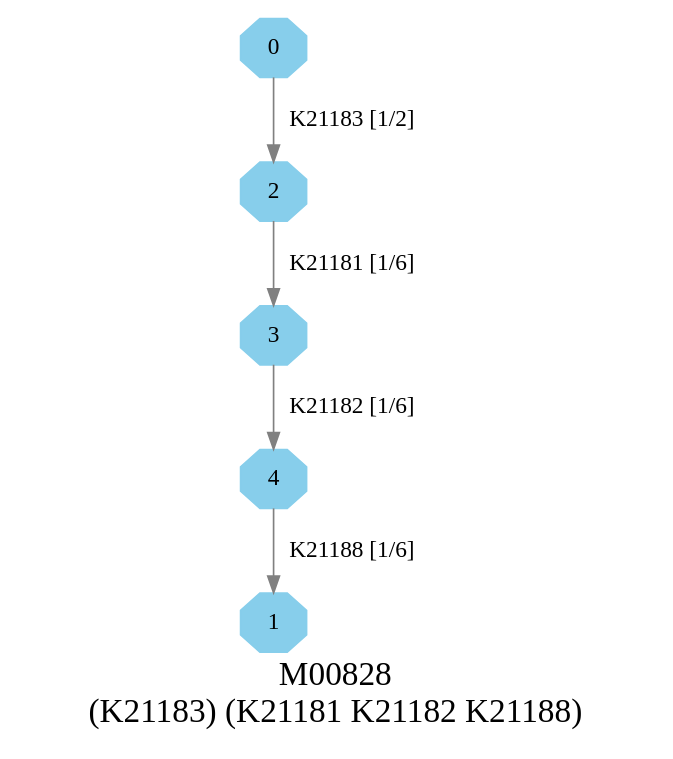
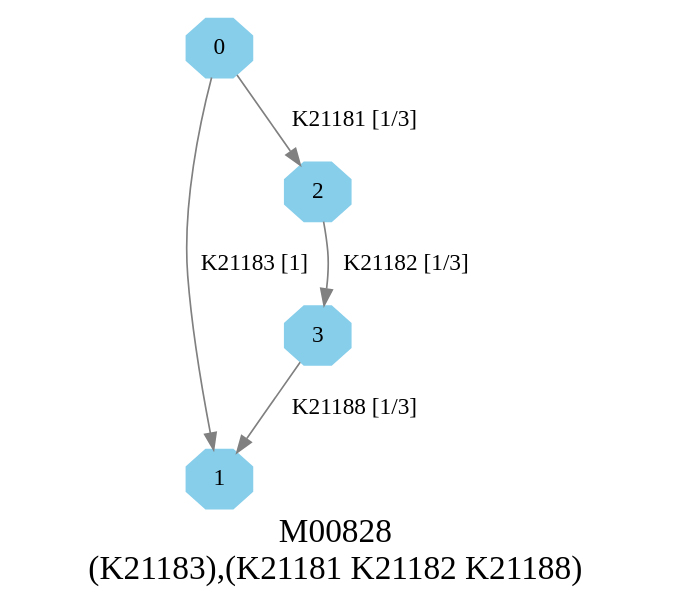
The diagram in graphs/dots/M00828.dot (EBI-Metagenomics/kegg-pathways-completeness-tool), drawn with Graphviz before and after one commit. The commit also changed 45 other files, not shown here.

```diff
--- a/graphs/dots/M00828.dot
+++ b/graphs/dots/M00828.dot
@@ -1,11 +1,11 @@
 digraph G {
 graph [label="M00828
-(K21183) (K21181 K21182 K21188)",fontsize=20];
+(K21183),(K21181 K21182 K21188)",fontsize=20];
 node [shape=box,style=filled];
 edge [len=3,color=grey];
-{node [width=.3,height=.3,shape=octagon,style=filled,color=skyblue] 0 1 2 3 4 }
-0 -> 2 [label="K21183 [1/2]"];
-2 -> 3 [label="K21181 [1/6]"];
-3 -> 4 [label="K21182 [1/6]"];
-4 -> 1 [label="K21188 [1/6]"];
+{node [width=.3,height=.3,shape=octagon,style=filled,color=skyblue] 0 1 2 3 }
+0 -> 1 [label="K21183 [1]"];
+0 -> 2 [label="K21181 [1/3]"];
+2 -> 3 [label="K21182 [1/3]"];
+3 -> 1 [label="K21188 [1/3]"];
 }
```
